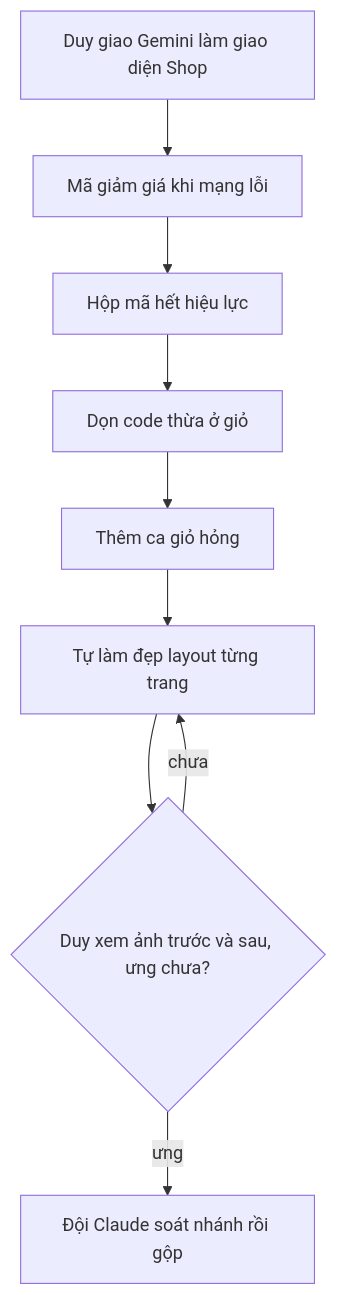
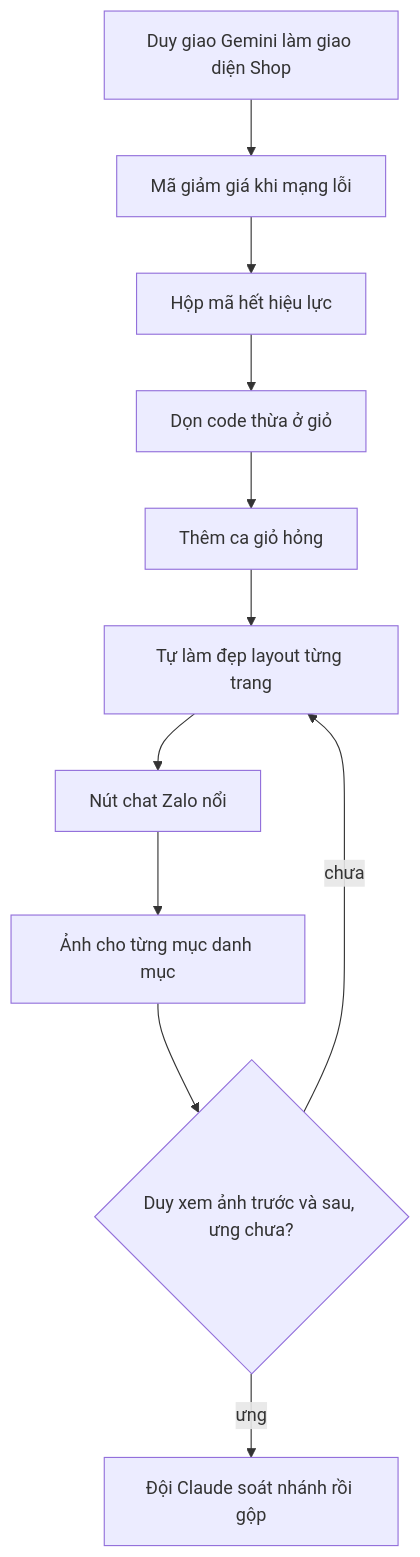
Before and after one commit to DuyduyFedev46/fish: the diagram in doc/features/2026-11-11-shop-ui-gemini/02c-giao-viec.md, drawn with Mermaid. The commit also changed other lines of this file, not shown here.

Commit message:
doc: giao Gemini GUI-06 nút chat Zalo nổi và GUI-07 ảnh danh mục Shop (feedback Lộc 14/11)

````diff
--- a/doc/features/2026-11-11-shop-ui-gemini/02c-giao-viec.md
+++ b/doc/features/2026-11-11-shop-ui-gemini/02c-giao-viec.md
@@ -3,11 +3,13 @@
 ```mermaid
 flowchart TD
   A["Duy giao Gemini làm giao diện Shop"] --> V1["Mã giảm giá khi mạng lỗi"]
   V1 --> V2["Hộp mã hết hiệu lực"]
   V2 --> V3["Dọn code thừa ở giỏ"]
   V3 --> V4["Thêm ca giỏ hỏng"]
   V4 --> V5["Tự làm đẹp layout từng trang"]
-  V5 --> D{"Duy xem ảnh trước và sau, ưng chưa?"}
+  V5 --> V6["Nút chat Zalo nổi"]
+  V6 --> V7["Ảnh cho từng mục danh mục"]
+  V7 --> D{"Duy xem ảnh trước và sau, ưng chưa?"}
   D -- "chưa" --> V5
   D -- "ưng" --> R["Đội Claude soát nhánh rồi gộp"]
 ```
````
